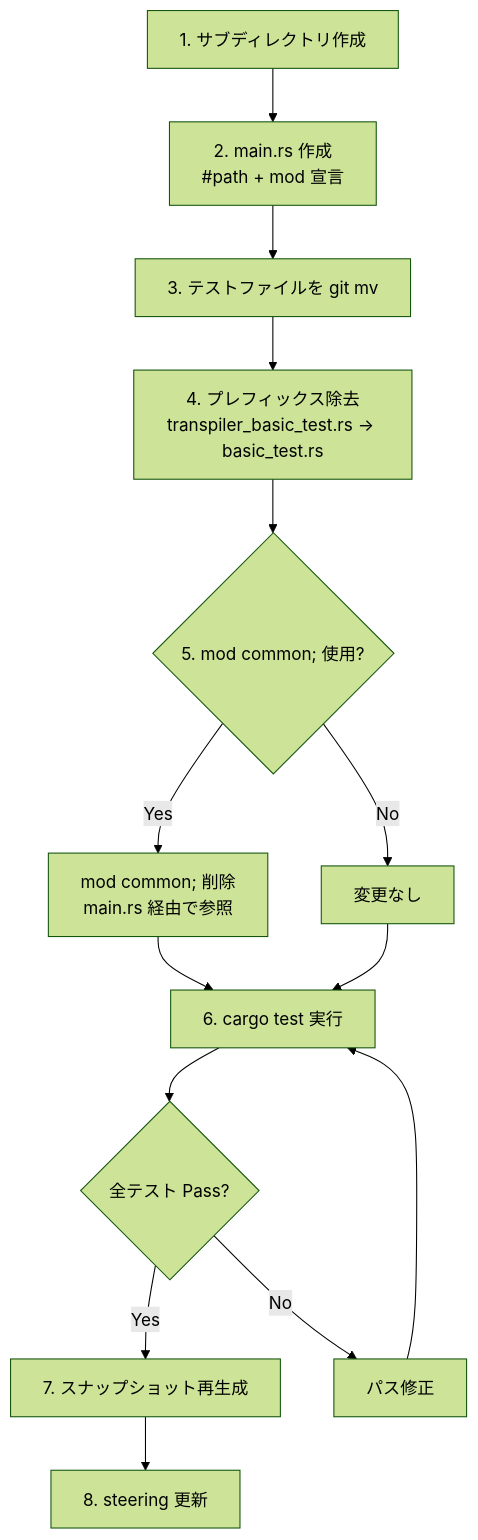
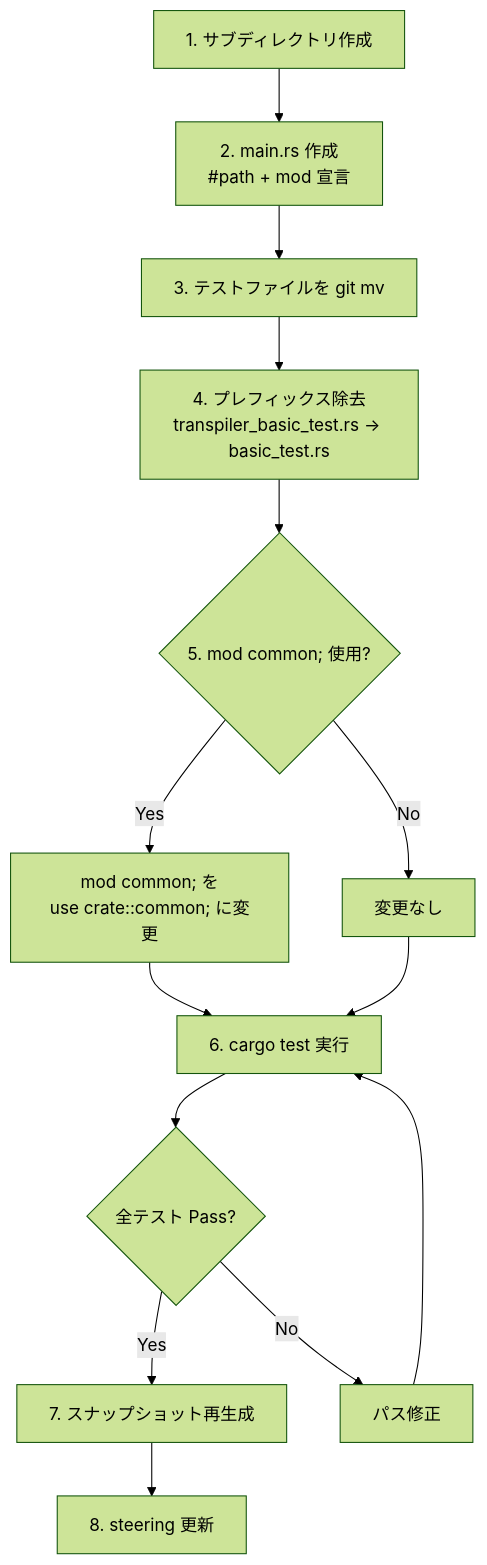
The second of 4 diagrams in .kiro/specs/namespace-refactoring/design.md (ekicyou/pasta), drawn with Mermaid (forest theme) before and after one commit. The commit also changed other lines of this file, not shown here.

````diff
--- a/.kiro/specs/namespace-refactoring/design.md
+++ b/.kiro/specs/namespace-refactoring/design.md
@@ -84,16 +84,16 @@
 ```mermaid
 flowchart TD
     A[1. サブディレクトリ作成] --> B[2. main.rs 作成<br/>#path + mod 宣言]
     B --> C[3. テストファイルを git mv]
     C --> D[4. プレフィックス除去<br/>transpiler_basic_test.rs → basic_test.rs]
     D --> E{5. mod common; 使用?}
-    E -->|Yes| F[mod common; 削除<br/>main.rs 経由で参照]
+    E -->|Yes| F[mod common; を<br/>use crate::common; に変更]
     E -->|No| G[変更なし]
     F --> H[6. cargo test 実行]
     G --> H
     H --> I{全テスト Pass?}
     I -->|Yes| J[7. スナップショット再生成]
     I -->|No| K[パス修正]
     K --> H
     J --> L[8. steering 更新]
 ```
````
